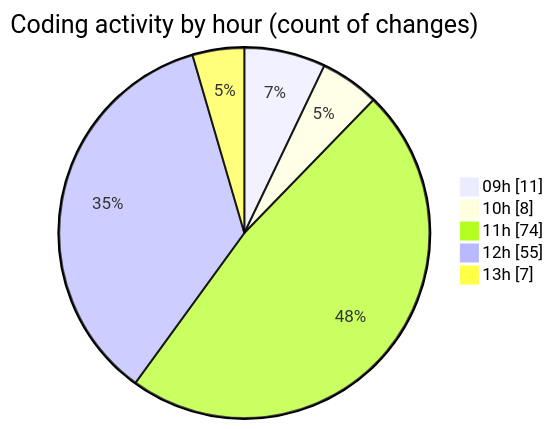
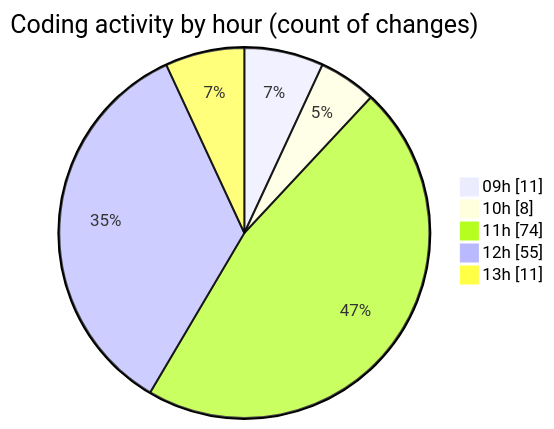
The second of 2 diagrams in 2025-10-30/cda/README.md (momahboobian/code-tracking), drawn with Mermaid before and after one commit. The commit also changed other lines of this file and 1 other file, not shown here.

````diff
--- a/2025-10-30/cda/README.md
+++ b/2025-10-30/cda/README.md
@@ -38,9 +38,9 @@
 ```mermaid
 pie showData
 title Coding activity by hour (count of changes)
 "09h" : 11
 "10h" : 8
 "11h" : 74
 "12h" : 55
-"13h" : 7
+"13h" : 11
 ```
````
